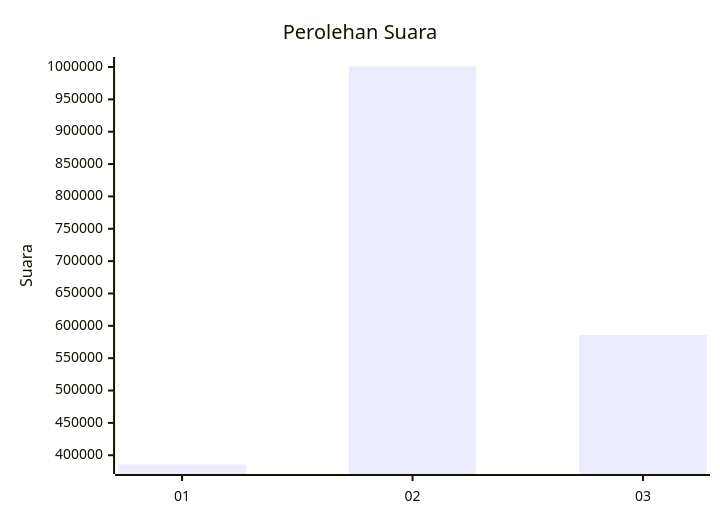
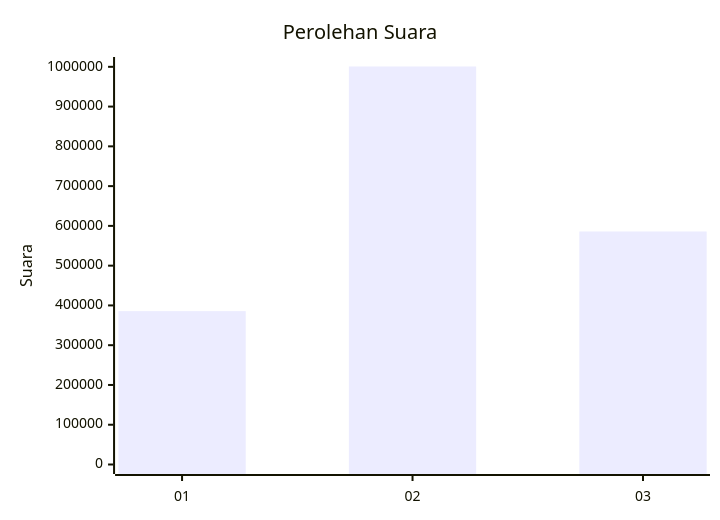
Before and after one commit to gigit-pemilu/pemilu-2024: the first of 2 diagrams in pilpres/hitung-suara/sub/table-wilayah-34.md, drawn with Mermaid. The commit also changed 42 other files, not shown here.

````diff
--- a/pilpres/hitung-suara/sub/table-wilayah-34.md
+++ b/pilpres/hitung-suara/sub/table-wilayah-34.md
@@ -7,7 +7,7 @@
 ```mermaid
 xychart-beta
     title "Perolehan Suara"
     x-axis [01, 02, 03]
-    y-axis "Suara"
+    y-axis "Suara" 0 --> 1000797
     bar [385680, 1000797, 585930]
 ```
````
